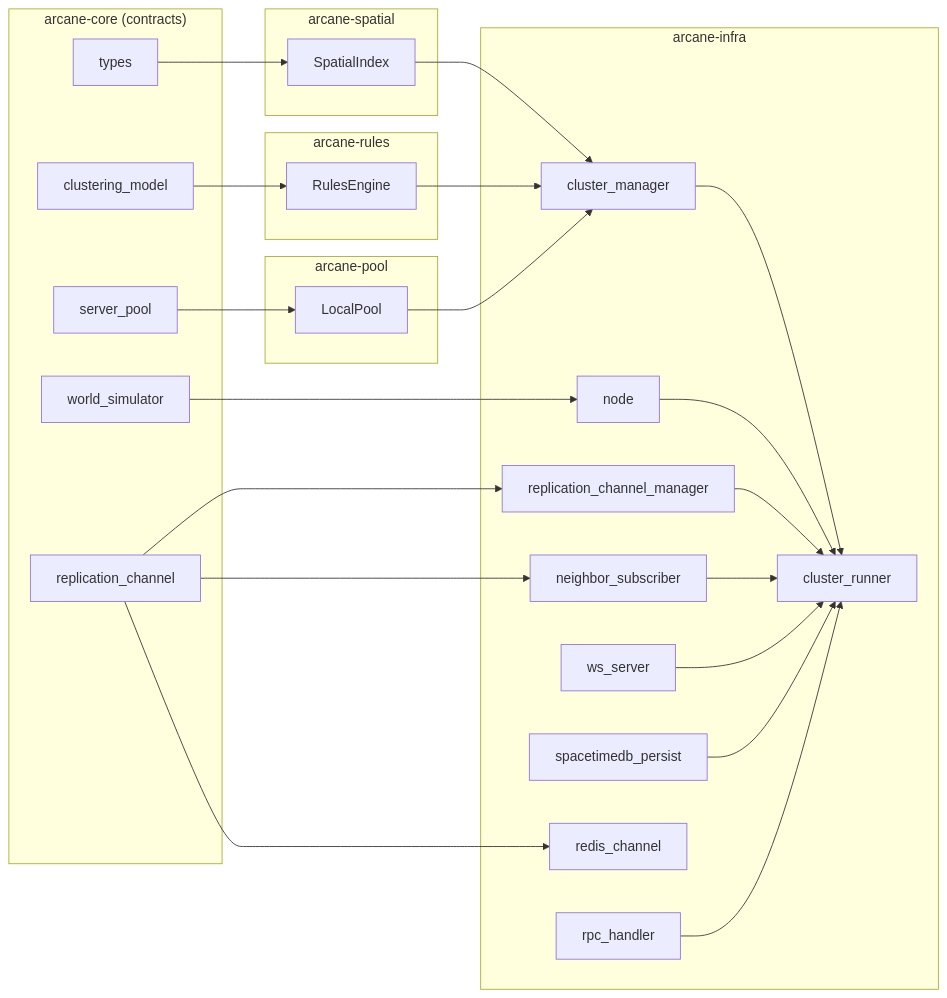
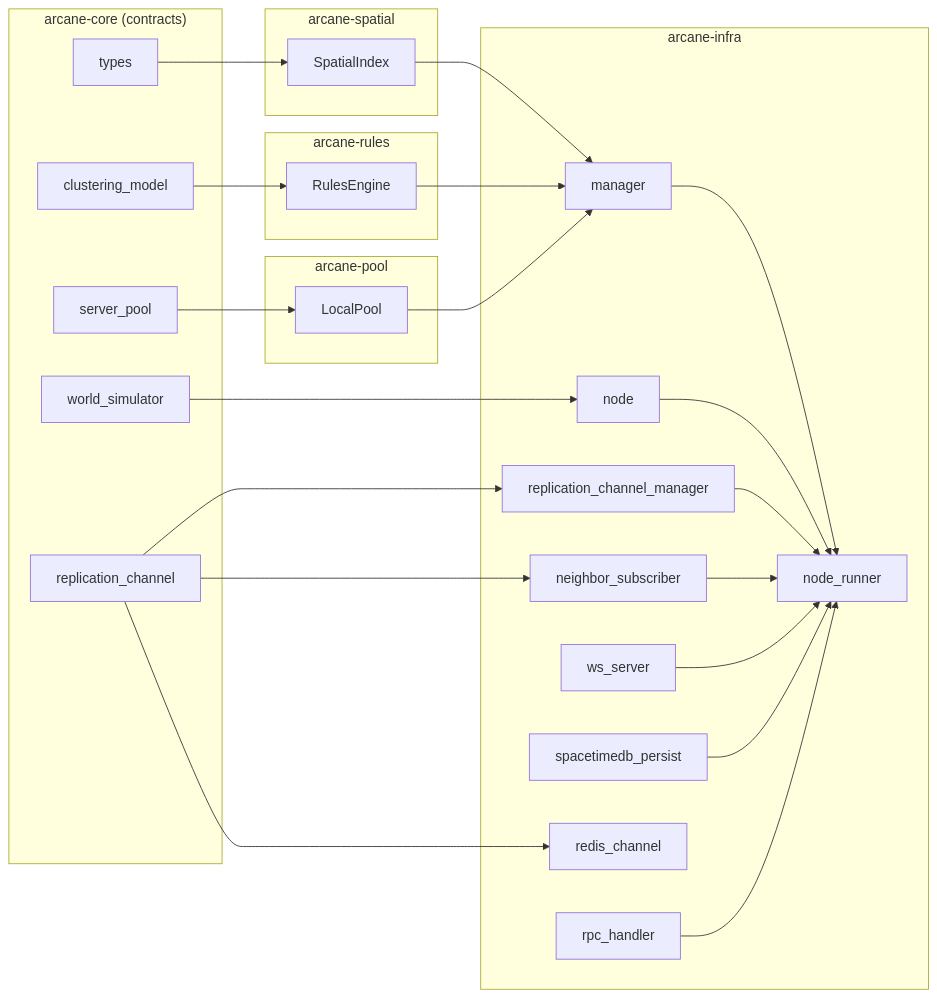
Before and after one commit to brainy-bots/arcane: the diagram in docs/MODULE_INTERACTIONS.md, drawn with Mermaid. The commit also changed other lines of this file and 34 other files, not shown here.

First line of the commit message:
feat: rename ClusterManager → ArcaneManager, cluster_runner → node_runner (Phase 1)

````diff
--- a/docs/MODULE_INTERACTIONS.md
+++ b/docs/MODULE_INTERACTIONS.md
@@ -9,54 +9,54 @@
 ```mermaid
 flowchart LR
   subgraph Core["arcane-core (contracts)"]
     Types["types"]
     Model["clustering_model"]
     PoolIf["server_pool"]
     ReplIf["replication_channel"]
     SimIf["world_simulator"]
   end
 
   subgraph Spatial["arcane-spatial"]
     SIndex["SpatialIndex"]
   end
 
   subgraph Rules["arcane-rules"]
     RulesEngine["RulesEngine"]
   end
 
   subgraph Pool["arcane-pool"]
     LocalPool["LocalPool"]
   end
 
   subgraph Infra["arcane-infra"]
-    Manager["cluster_manager"]
+    Manager["manager"]
     Server["node"]
-    Runner["cluster_runner"]
+    Runner["node_runner"]
     Ws["ws_server"]
     ReplMgr["replication_channel_manager"]
     Neighbor["neighbor_subscriber"]
     Persist["spacetimedb_persist"]
     Redis["redis_channel"]
     Rpc["rpc_handler"]
   end
 
   Types --> SIndex
   Model --> RulesEngine
   PoolIf --> LocalPool
   ReplIf --> Redis
   ReplIf --> ReplMgr
   ReplIf --> Neighbor
   SimIf --> Server
 
   SIndex --> Manager
   RulesEngine --> Manager
   LocalPool --> Manager
 
   Manager --> Runner
   Server --> Runner
   ReplMgr --> Runner
   Neighbor --> Runner
   Ws --> Runner
   Persist --> Runner
   Rpc --> Runner
 ```
````
